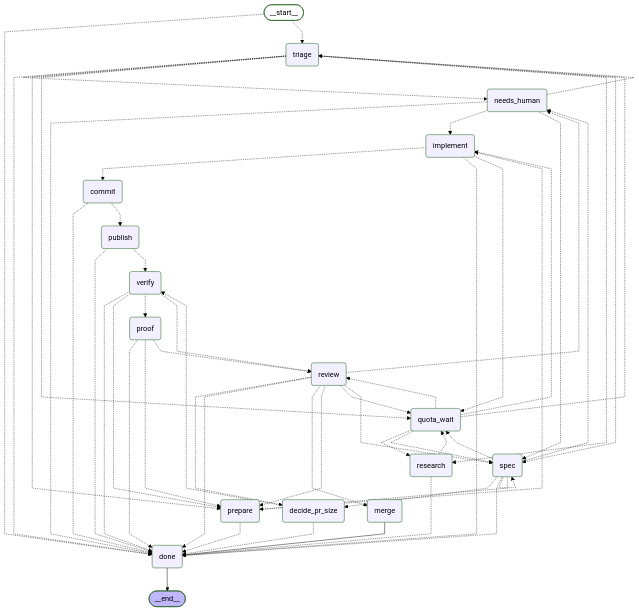
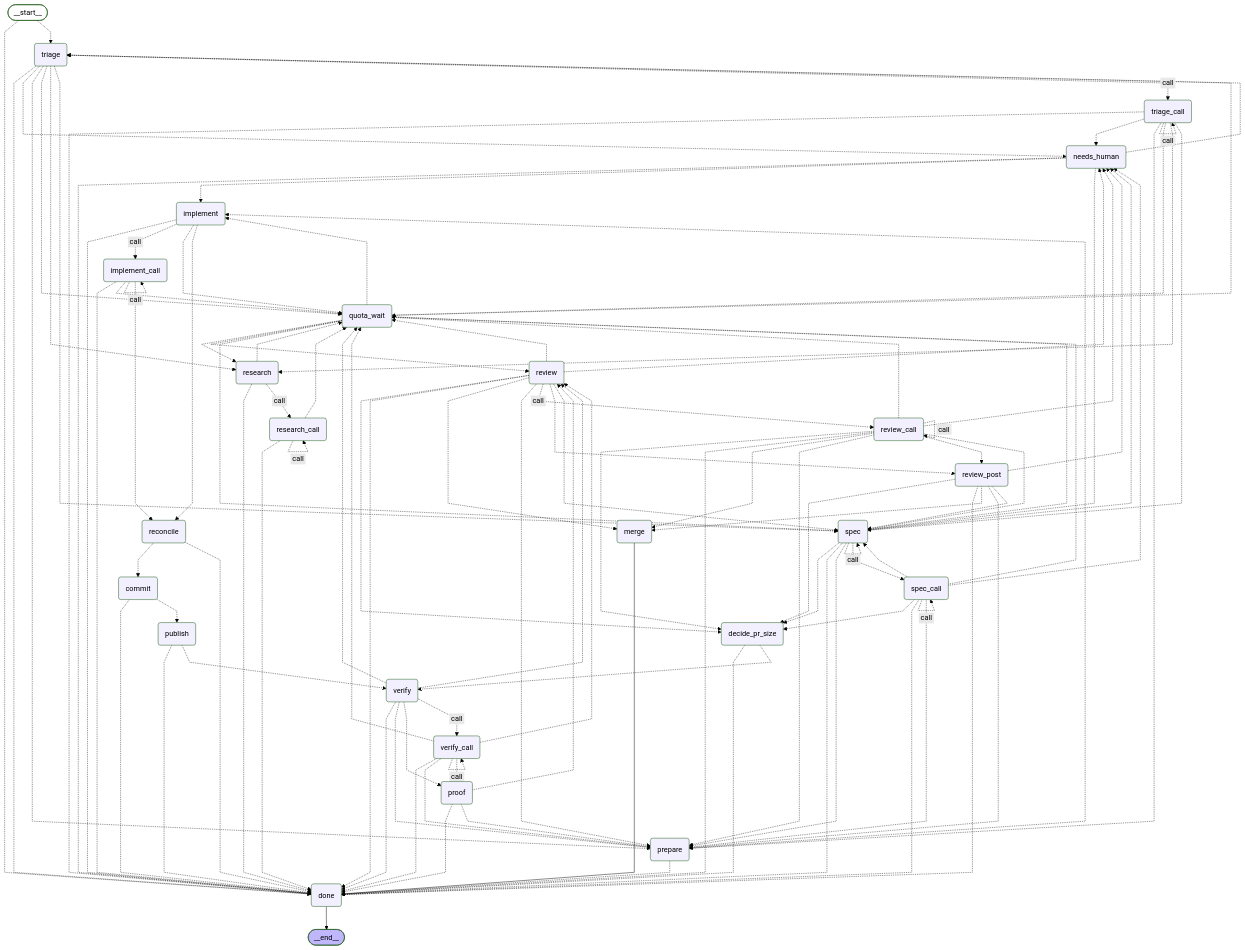
Before and after one commit to bookout-labs/tools: the diagram in README.md, drawn with Mermaid (forest theme). The commit also changed other lines of this file and 10 other files, not shown here.

Commit message:
Make the delivery blueprint a checked graph contract

````diff
--- a/README.md
+++ b/README.md
@@ -24,15 +25,23 @@
 graph TD;
 	__start__([<p>__start__</p>]):::first
 	triage(triage)
+	triage_call(triage_call)
 	research(research)
+	research_call(research_call)
 	spec(spec)
+	spec_call(spec_call)
 	implement(implement)
+	implement_call(implement_call)
 	verify(verify)
+	verify_call(verify_call)
 	review(review)
+	review_call(review_call)
 	prepare(prepare)
+	reconcile(reconcile)
 	commit(commit)
 	publish(publish)
 	proof(proof)
+	review_post(review_post)
 	needs_human(needs_human)
 	quota_wait(quota_wait)
 	decide_pr_size(decide_pr_size)
@@ -45,9 +54,13 @@
 	commit -.-> publish;
 	decide_pr_size -.-> done;
 	decide_pr_size -.-> verify;
-	implement -.-> commit;
 	implement -.-> done;
+	implement -. &nbsp;call&nbsp; .-> implement_call;
 	implement -.-> quota_wait;
+	implement -.-> reconcile;
+	implement_call -.-> done;
+	implement_call -.-> quota_wait;
+	implement_call -.-> reconcile;
 	merge --> done;
 	needs_human -.-> done;
 	needs_human -.-> implement;
@@ -65,34 +78,81 @@
 	quota_wait -.-> review;
 	quota_wait -.-> spec;
 	quota_wait -.-> triage;
+	reconcile -.-> commit;
+	reconcile -.-> done;
 	research -.-> done;
 	research -.-> quota_wait;
+	research -. &nbsp;call&nbsp; .-> research_call;
+	research_call -.-> done;
+	research_call -.-> quota_wait;
 	review -.-> decide_pr_size;
 	review -.-> done;
 	review -.-> merge;
 	review -.-> needs_human;
 	review -.-> prepare;
 	review -.-> quota_wait;
+	review -. &nbsp;call&nbsp; .-> review_call;
+	review -.-> review_post;
 	review -.-> spec;
+	review_call -.-> decide_pr_size;
+	review_call -.-> done;
+	review_call -.-> merge;
+	review_call -.-> needs_human;
+	review_call -.-> prepare;
+	review_call -.-> quota_wait;
+	review_call -.-> review_post;
+	review_call -.-> spec;
+	review_post -.-> decide_pr_size;
+	review_post -.-> done;
+	review_post -.-> merge;
+	review_post -.-> needs_human;
+	review_post -.-> prepare;
+	review_post -.-> spec;
 	spec -.-> decide_pr_size;
 	spec -.-> done;
 	spec -.-> needs_human;
 	spec -.-> prepare;
 	spec -.-> quota_wait;
+	spec -. &nbsp;call&nbsp; .-> spec_call;
+	spec_call -.-> decide_pr_size;
+	spec_call -.-> done;
+	spec_call -.-> needs_human;
+	spec_call -.-> prepare;
+	spec_call -.-> quota_wait;
+	spec_call -.-> spec;
 	triage -.-> done;
 	triage -.-> needs_human;
 	triage -.-> prepare;
 	triage -.-> quota_wait;
 	triage -.-> research;
 	triage -.-> spec;
+	triage -. &nbsp;call&nbsp; .-> triage_call;
+	triage_call -.-> done;
+	triage_call -.-> needs_human;
+	triage_call -.-> prepare;
+	triage_call -.-> quota_wait;
+	triage_call -.-> research;
+	triage_call -.-> spec;
 	verify -.-> done;
 	verify -.-> prepare;
 	verify -.-> proof;
+	verify -.-> quota_wait;
 	verify -.-> review;
+	verify -. &nbsp;call&nbsp; .-> verify_call;
+	verify_call -.-> done;
+	verify_call -.-> prepare;
+	verify_call -.-> proof;
+	verify_call -.-> quota_wait;
+	verify_call -.-> review;
 	done --> __end__;
+	implement_call -. &nbsp;call&nbsp; .-> implement_call;
+	research_call -. &nbsp;call&nbsp; .-> research_call;
+	review_call -. &nbsp;call&nbsp; .-> review_call;
 	spec -.-> spec;
+	spec_call -. &nbsp;call&nbsp; .-> spec_call;
+	triage_call -. &nbsp;call&nbsp; .-> triage_call;
+	verify_call -. &nbsp;call&nbsp; .-> verify_call;
 	classDef default fill:#f2f0ff,line-height:1.2
 	classDef first fill-opacity:0
 	classDef last fill:#bfb6fc
-
 ```
````
